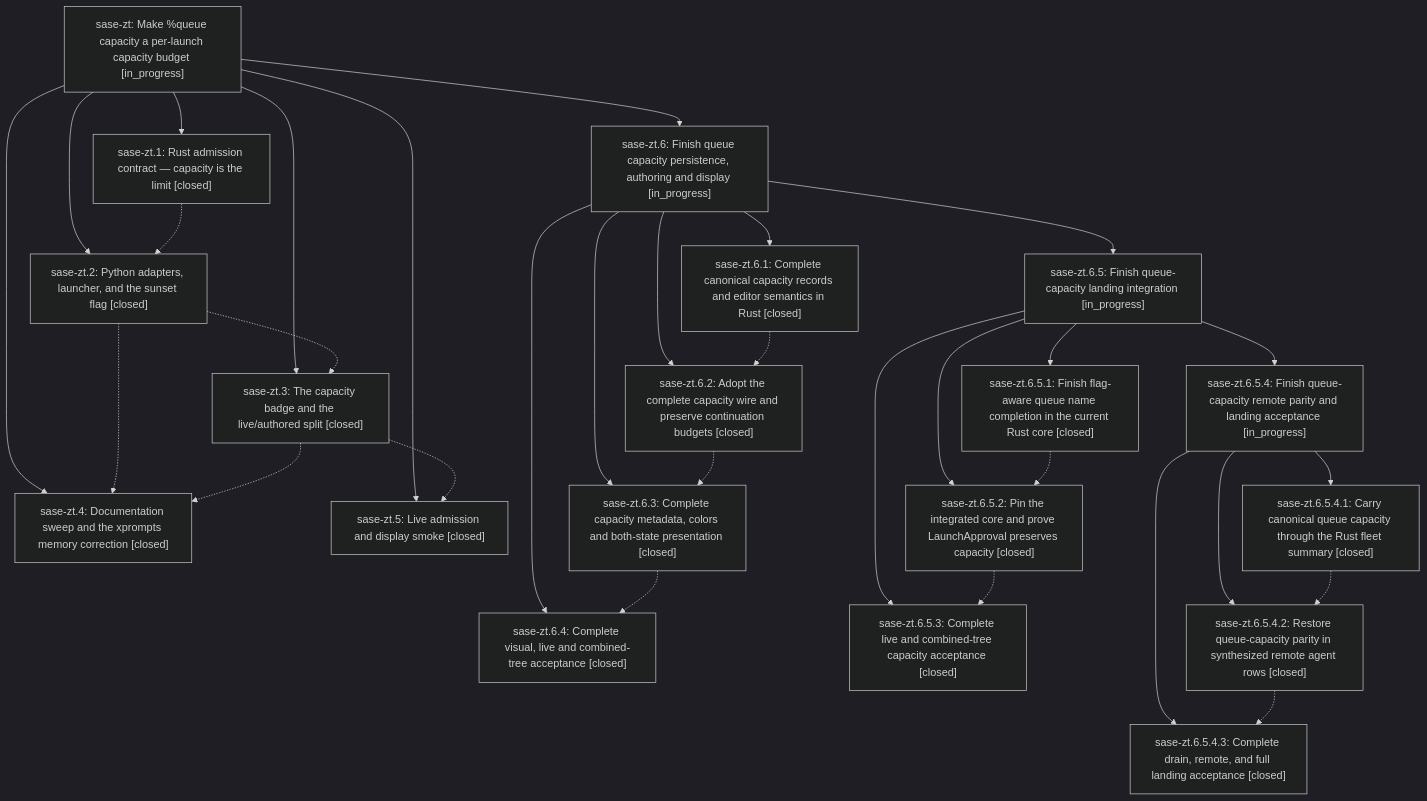
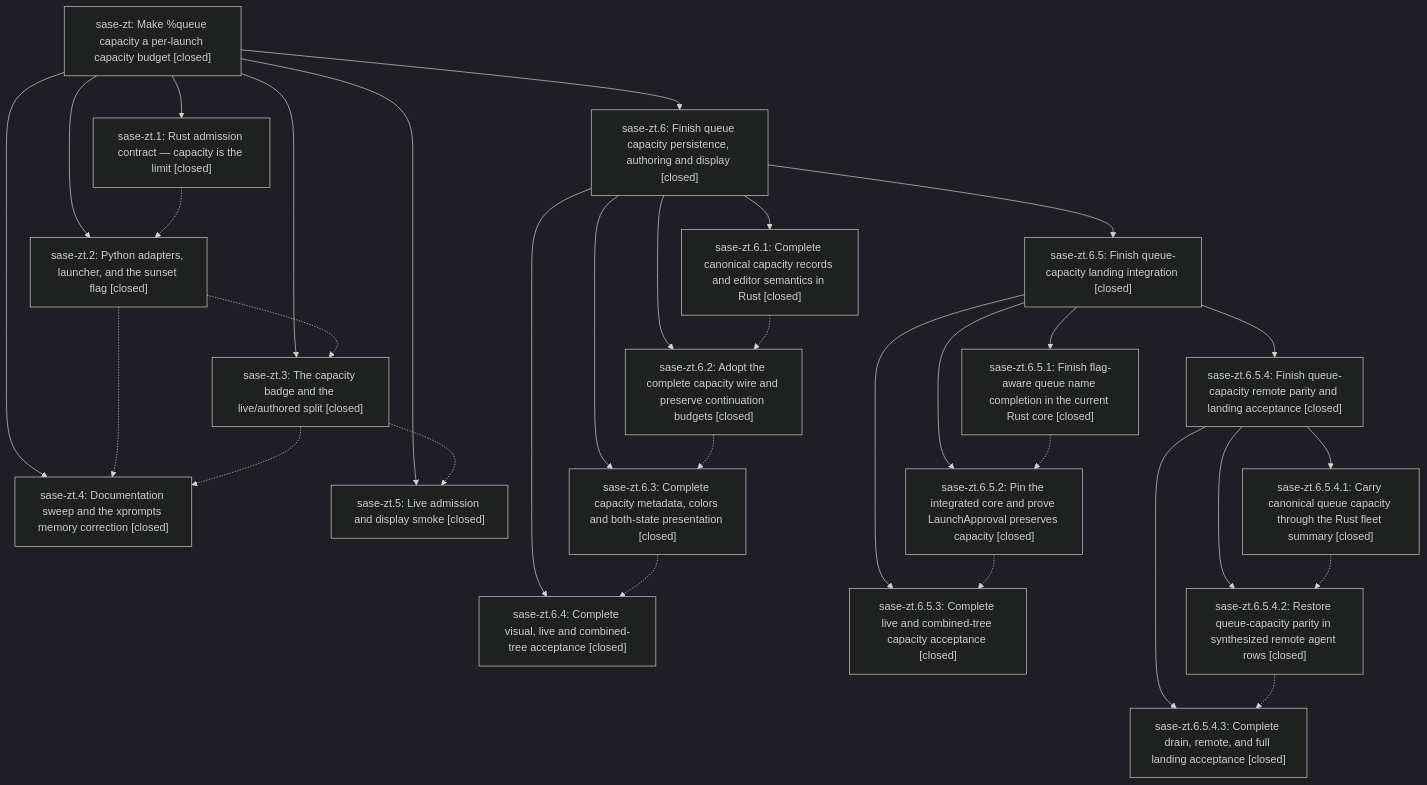
The diagram in pages/sase-zt/README.md (sase-org/sase--beads), drawn with Mermaid (dark theme) before and after one commit. The commit also changed other lines of this file and 3 other files, not shown here.

````diff
--- a/pages/sase-zt/README.md
+++ b/pages/sase-zt/README.md
@@ -50,52 +65,52 @@
 ```mermaid
 flowchart TD
-    n0["sase-zt: Make %queue capacity a per-launch capacity budget [in_progress]"]
+    n0["sase-zt: Make %queue capacity a per-launch capacity budget [closed]"]
     n1["sase-zt.1: Rust admission contract — capacity is the limit [closed]"]
     n2["sase-zt.2: Python adapters, launcher, and the sunset flag [closed]"]
     n3["sase-zt.3: The capacity badge and the live/authored split [closed]"]
     n4["sase-zt.4: Documentation sweep and the xprompts memory correction [closed]"]
     n5["sase-zt.5: Live admission and display smoke [closed]"]
-    n6["sase-zt.6: Finish queue capacity persistence, authoring and display [in_progress]"]
+    n6["sase-zt.6: Finish queue capacity persistence, authoring and display [closed]"]
     n7["sase-zt.6.1: Complete canonical capacity records and editor semantics in Rust [closed]"]
     n8["sase-zt.6.2: Adopt the complete capacity wire and preserve continuation budgets [closed]"]
     n9["sase-zt.6.3: Complete capacity metadata, colors and both-state presentation [closed]"]
     n10["sase-zt.6.4: Complete visual, live and combined-tree acceptance [closed]"]
-    n11["sase-zt.6.5: Finish queue-capacity landing integration [in_progress]"]
+    n11["sase-zt.6.5: Finish queue-capacity landing integration [closed]"]
     n12["sase-zt.6.5.1: Finish flag-aware queue name completion in the current Rust core [closed]"]
     n13["sase-zt.6.5.2: Pin the integrated core and prove LaunchApproval preserves capacity [closed]"]
     n14["sase-zt.6.5.3: Complete live and combined-tree capacity acceptance [closed]"]
-    n15["sase-zt.6.5.4: Finish queue-capacity remote parity and landing acceptance [in_progress]"]
+    n15["sase-zt.6.5.4: Finish queue-capacity remote parity and landing acceptance [closed]"]
     n16["sase-zt.6.5.4.1: Carry canonical queue capacity through the Rust fleet summary [closed]"]
     n17["sase-zt.6.5.4.2: Restore queue-capacity parity in synthesized remote agent rows [closed]"]
     n18["sase-zt.6.5.4.3: Complete drain, remote, and full landing acceptance [closed]"]
     n0 --> n1
     n0 --> n2
     n0 --> n3
     n0 --> n4
     n0 --> n5
     n0 --> n6
     n6 --> n7
     n6 --> n8
     n6 --> n9
     n6 --> n10
     n6 --> n11
     n11 --> n12
     n11 --> n13
     n11 --> n14
     n11 --> n15
     n15 --> n16
     n15 --> n17
     n15 --> n18
     n1 -.-> n2
     n2 -.-> n3
     n2 -.-> n4
     n3 -.-> n4
     n3 -.-> n5
     n7 -.-> n8
     n8 -.-> n9
     n9 -.-> n10
     n12 -.-> n13
     n13 -.-> n14
     n16 -.-> n17
     n17 -.-> n18
 ```
````
